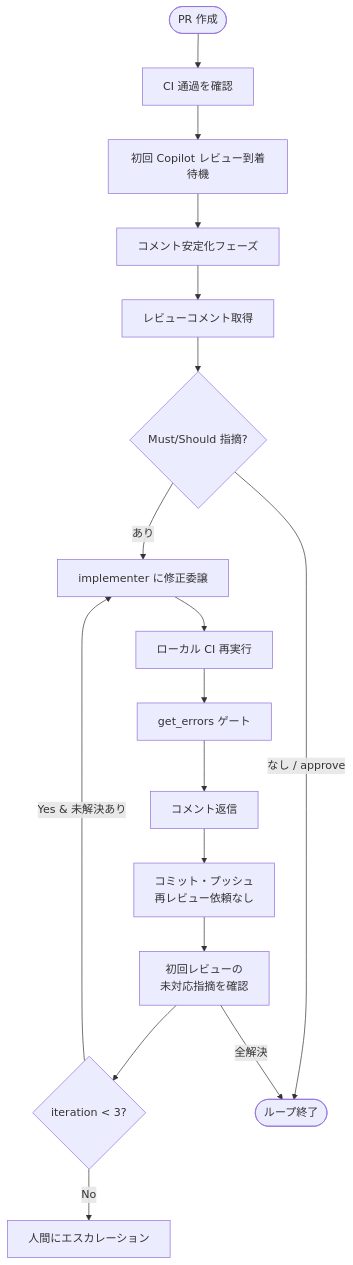
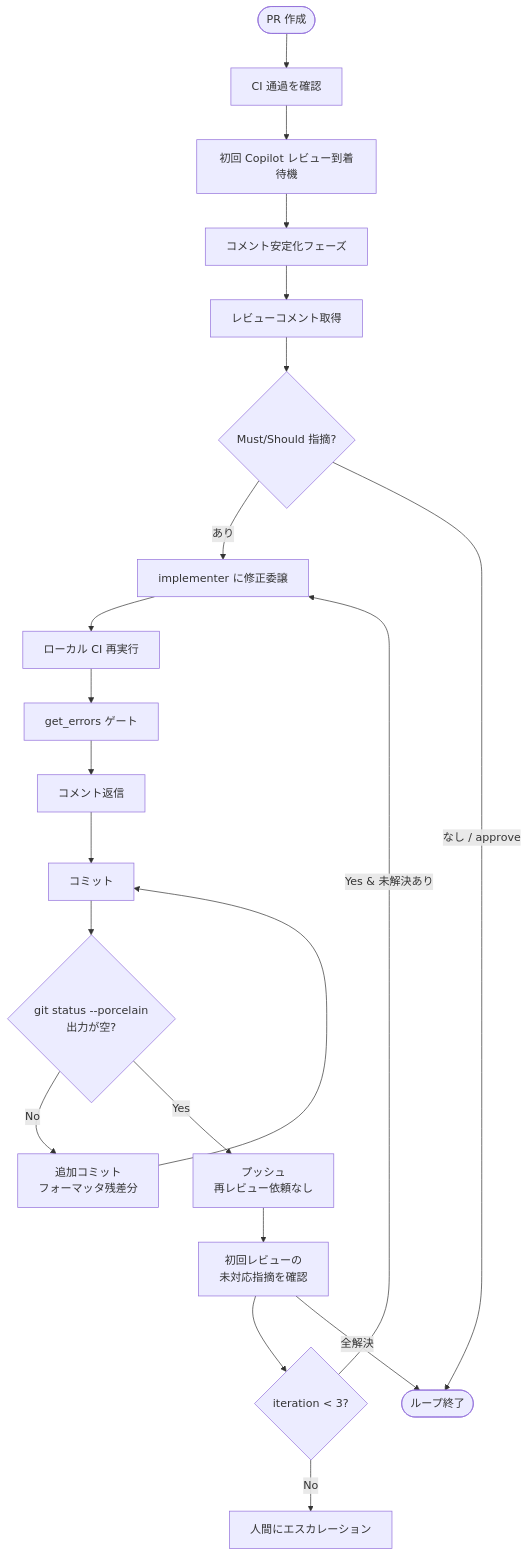
The fourth of 5 diagrams in docs/orchestration.md (KosGit-ti/dev-orchestration-template), drawn with Mermaid before and after one commit. The commit also changed other lines of this file and 1 other file, not shown here.

Commit message:
docs: コミット後クリーン検証ゲートの追加 (#28)
* docs: コミット後クリーン検証ゲートの追加

- orchestration.md Step 7 と Copilot レビュー Mermaid フローに
  コミット後クリーン検証（git status clean?）ゲートを追加
- copilot-instructions.md Step 8・Step 10 に同ルールを追記

* fix: Copilotレビュー指摘対応 — git status --porcelain、Mermaidフロー修正

---------

````diff
--- a/docs/orchestration.md
+++ b/docs/orchestration.md
@@ -493,19 +494,23 @@
 ```mermaid
 flowchart TD
     Start([PR 作成]) --> WaitCI[CI 通過を確認]
     WaitCI --> WaitReview[初回 Copilot レビュー到着待機]
     WaitReview --> Stable[コメント安定化フェーズ]
     Stable --> GetComments[レビューコメント取得]
     GetComments --> Classify{Must/Should 指摘?}
     Classify -->|あり| Fix[implementer に修正委譲]
     Fix --> LocalCI[ローカル CI 再実行]
     LocalCI --> IDECheck[get_errors ゲート]
     IDECheck --> Reply[コメント返信]
-    Reply --> Push[コミット・プッシュ<br/>再レビュー依頼なし]
+    Reply --> Commit[コミット]
+    Commit --> CleanCheck{git status --porcelain<br/>出力が空?}
+    CleanCheck -->|No| AddCommit[追加コミット<br/>フォーマッタ残差分]
+    AddCommit --> Commit
+    CleanCheck -->|Yes| Push[プッシュ<br/>再レビュー依頼なし]
     Push --> Recheck[初回レビューの<br/>未対応指摘を確認]
     Recheck --> Inc{iteration < 3?}
     Inc -->|Yes & 未解決あり| Fix
     Inc -->|No| Escalate[人間にエスカレーション]
     Classify -->|なし / approve| Done([ループ終了])
     Recheck -->|全解決| Done
 ```
````
